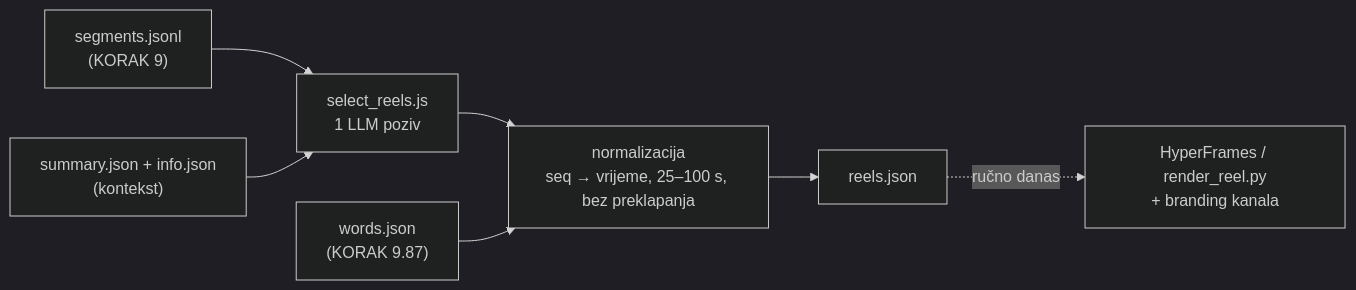
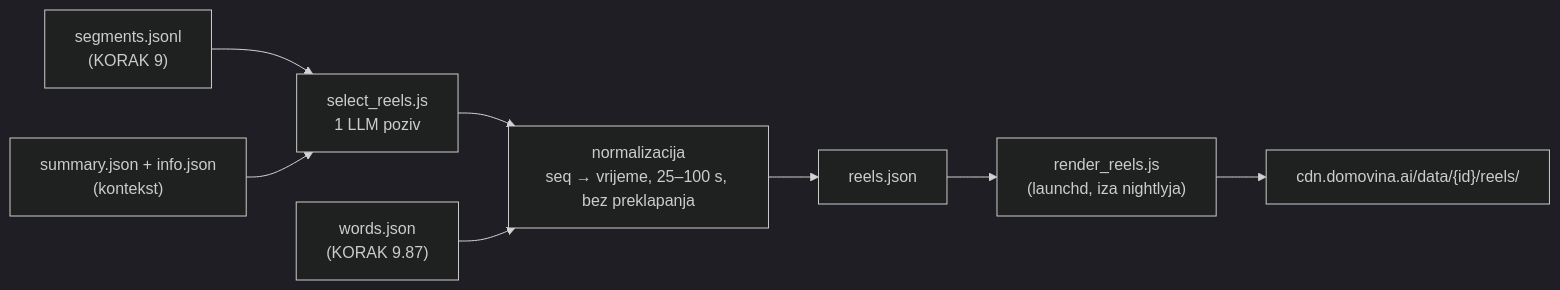
One commit to domovinatv/fetch.domovina.tv changed the first of 2 diagrams in docs/2026-10-25-reels-kandidati.md. Above: the diagram before and after it, drawn with Mermaid (dark theme). The commit also changed other lines of this file and 12 other files, not shown here.

First line of the commit message:
feat(reels): render_reels.js — brendirani HyperFrames reel iz reels.json → CDN

````diff
--- a/docs/2026-10-25-reels-kandidati.md
+++ b/docs/2026-10-25-reels-kandidati.md
@@ -13,9 +14,10 @@
 ```mermaid
 flowchart LR
   SEG["segments.jsonl<br/>(KORAK 9)"] --> LLM["select_reels.js<br/>1 LLM poziv"]
   SUM["summary.json + info.json<br/>(kontekst)"] --> LLM
   LLM --> N["normalizacija<br/>seq → vrijeme, 25–100 s, bez preklapanja"]
   W["words.json<br/>(KORAK 9.87)"] --> N
   N --> R["reels.json"]
-  R -. ručno danas .-> HF["HyperFrames / render_reel.py<br/>+ branding kanala"]
+  R --> RR["render_reels.js<br/>(launchd, iza nightlyja)"]
+  RR --> CDN["cdn.domovina.ai/data/{id}/reels/"]
 ```
````
